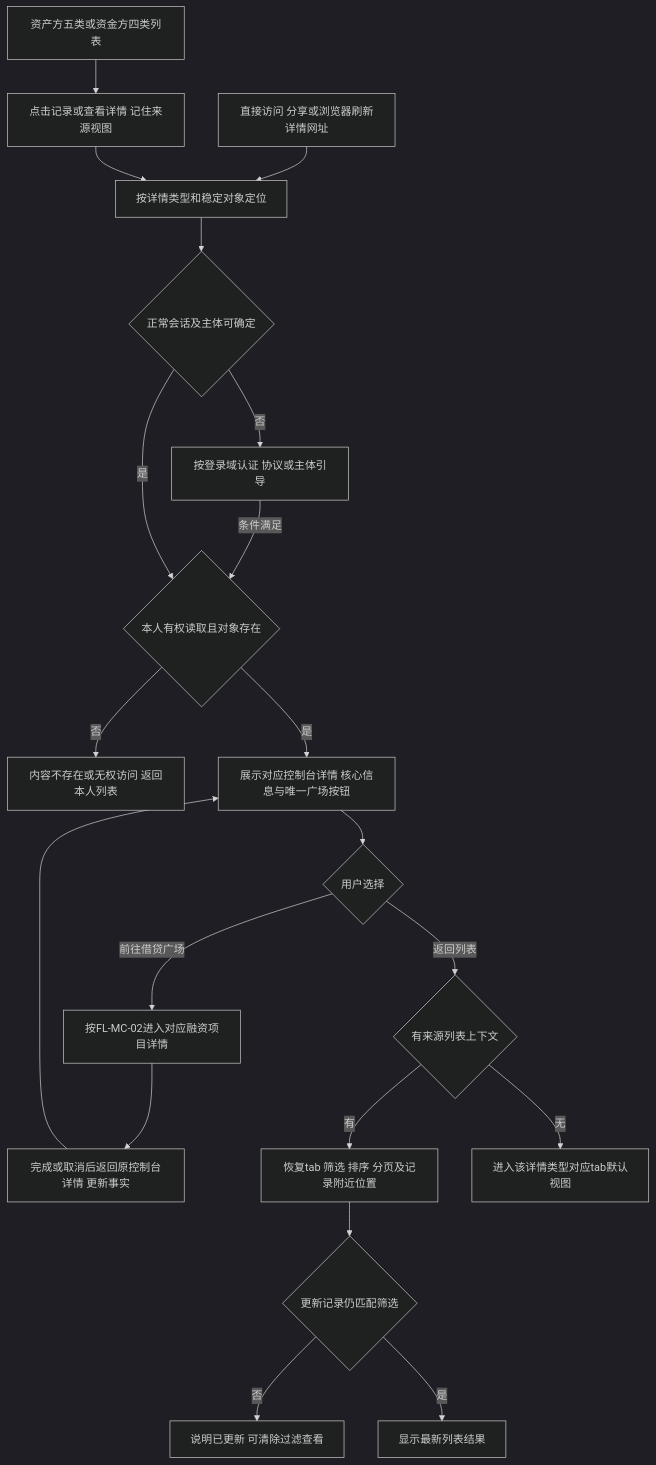
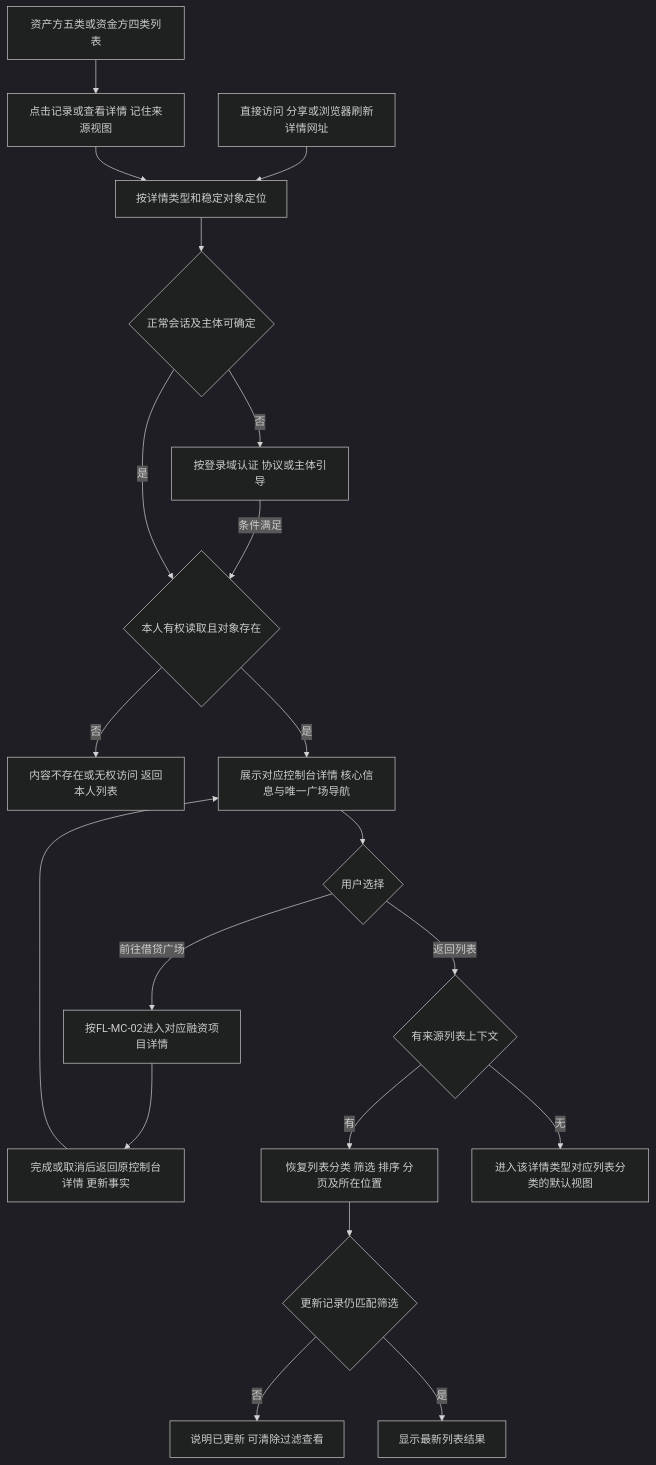
Before and after one commit to wxblockchain/Chain-Financing: the eighth of 11 diagrams in lending-platform/PRD/v1.0-我的控制台/02-我的控制台-流程图与状态机.md, drawn with Mermaid (dark theme). The commit also changed other lines of this file and 4 other files, not shown here.

````diff
--- a/lending-platform/PRD/v1.0-我的控制台/02-我的控制台-流程图与状态机.md
+++ b/lending-platform/PRD/v1.0-我的控制台/02-我的控制台-流程图与状态机.md
@@ -200,22 +200,22 @@
 ```mermaid
 flowchart TD
   A[资产方五类或资金方四类列表] --> B[点击记录或查看详情 记住来源视图]
   C[直接访问 分享或浏览器刷新详情网址] --> D[按详情类型和稳定对象定位]
   B --> D
   D --> E{正常会话及主体可确定}
   E -- 否 --> F[按登录域认证 协议或主体引导]
   F -- 条件满足 --> G{本人有权读取且对象存在}
   E -- 是 --> G
   G -- 否 --> H[内容不存在或无权访问 返回本人列表]
-  G -- 是 --> I[展示对应控制台详情 核心信息与唯一广场按钮]
+  G -- 是 --> I[展示对应控制台详情 核心信息与唯一广场导航]
   I --> J{用户选择}
   J -- 前往借贷广场 --> K[按FL-MC-02进入对应融资项目详情]
   K --> L[完成或取消后返回原控制台详情 更新事实]
   L --> I
   J -- 返回列表 --> M{有来源列表上下文}
-  M -- 有 --> N[恢复tab 筛选 排序 分页及记录附近位置]
-  M -- 无 --> O[进入该详情类型对应tab默认视图]
+  M -- 有 --> N[恢复列表分类 筛选 排序 分页及所在位置]
+  M -- 无 --> O[进入该详情类型对应列表分类的默认视图]
   N --> P{更新记录仍匹配筛选}
   P -- 否 --> Q[说明已更新 可清除过滤查看]
   P -- 是 --> R[显示最新列表结果]
 ```
````
